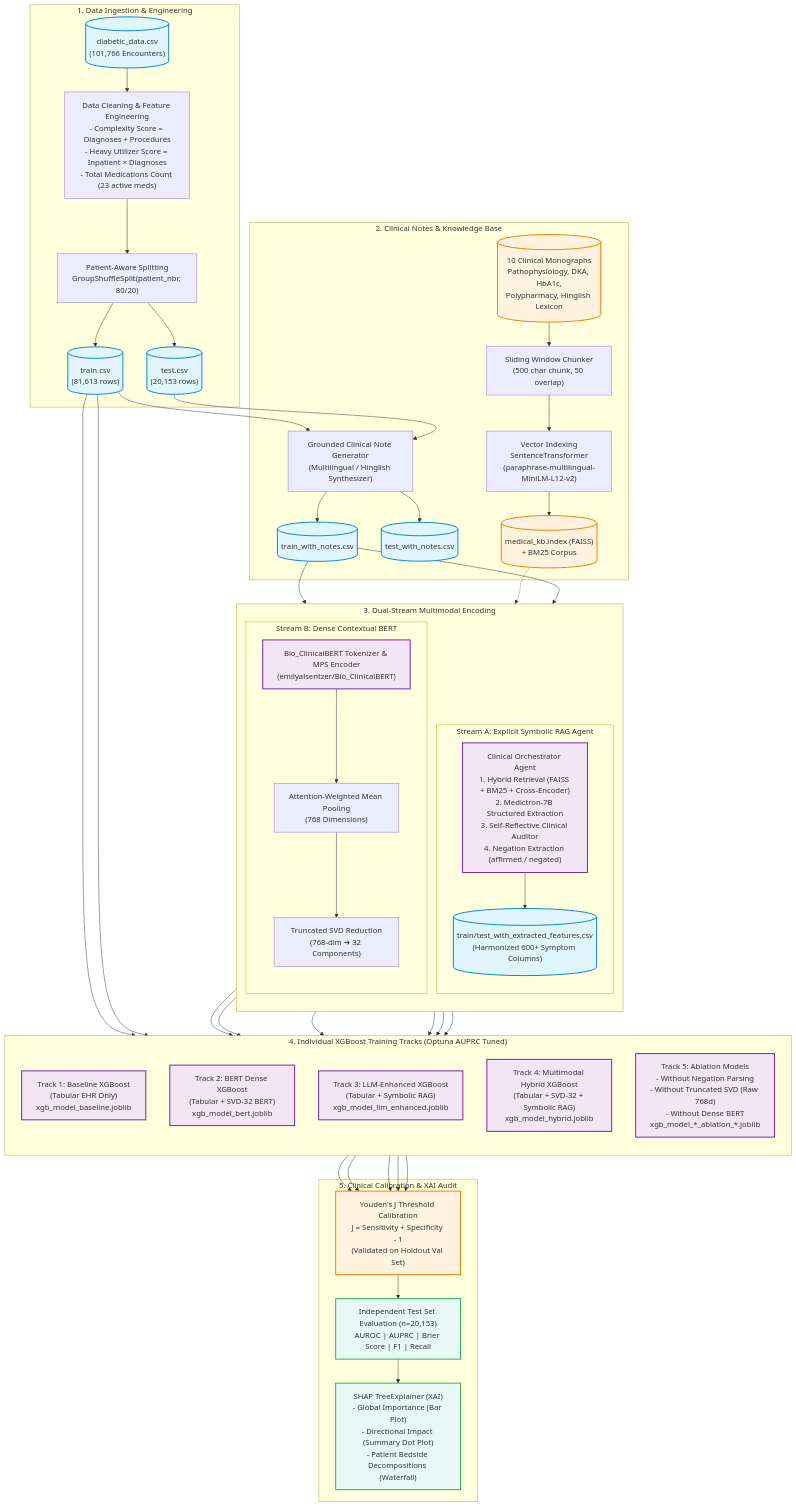
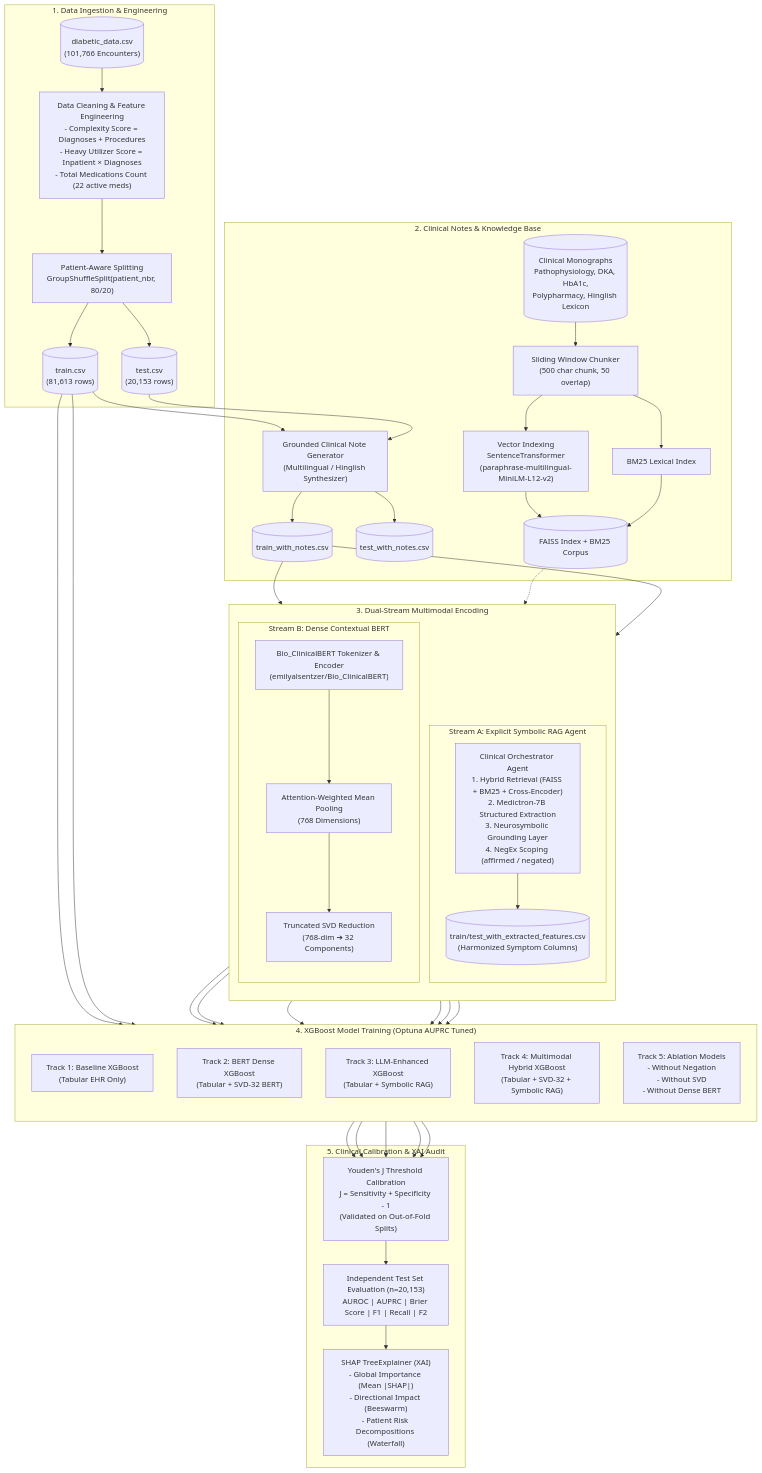
The diagram in README.md (sumankumarpatro/Diabetes), drawn with Mermaid before and after one commit. The commit also changed other lines of this file, not shown here.

````diff
--- a/README.md
+++ b/README.md
@@ -81,59 +76,51 @@
 ```mermaid
 flowchart TD
     subgraph RawData["1. Data Ingestion & Engineering"]
-        RAW[("diabetic_data.csv\n(101,766 Encounters)")] --> PREPROC["Data Cleaning & Feature Engineering\n- Complexity Score = Diagnoses + Procedures\n- Heavy Utilizer Score = Inpatient × Diagnoses\n- Total Medications Count (23 active meds)"]
+        RAW[("diabetic_data.csv\n(101,766 Encounters)")] --> PREPROC["Data Cleaning & Feature Engineering\n- Complexity Score = Diagnoses + Procedures\n- Heavy Utilizer Score = Inpatient × Diagnoses\n- Total Medications Count (22 active meds)"]
         PREPROC --> SPLIT["Patient-Aware Splitting\nGroupShuffleSplit(patient_nbr, 80/20)"]
         SPLIT --> TRAIN_RAW[("train.csv\n(81,613 rows)")]
         SPLIT --> TEST_RAW[("test.csv\n(20,153 rows)")]
     end
 
     subgraph NotesAndKB["2. Clinical Notes & Knowledge Base"]
         TRAIN_RAW & TEST_RAW --> NOTE_GEN["Grounded Clinical Note Generator\n(Multilingual / Hinglish Synthesizer)"]
         NOTE_GEN --> TRAIN_NOTES[("train_with_notes.csv")]
         NOTE_GEN --> TEST_NOTES[("test_with_notes.csv")]
         
-        KB_FILES[("10 Clinical Monographs\nPathophysiology, DKA, HbA1c,\nPolypharmacy, Hinglish Lexicon")] --> CHUNK["Sliding Window Chunker\n(500 char chunk, 50 overlap)"]
+        KB_FILES[("Clinical Monographs\nPathophysiology, DKA, HbA1c,\nPolypharmacy, Hinglish Lexicon")] --> CHUNK["Sliding Window Chunker\n(500 char chunk, 50 overlap)"]
         CHUNK --> FAISS_BUILD["Vector Indexing\nSentenceTransformer\n(paraphrase-multilingual-MiniLM-L12-v2)"]
-        FAISS_BUILD --> FAISS_INDEX[("medical_kb.index (FAISS)\n+ BM25 Corpus")]
+        CHUNK --> BM25_BUILD["BM25 Lexical Index"]
+        FAISS_BUILD & BM25_BUILD --> RAG_STORE[("FAISS Index + BM25 Corpus")]
     end
 
     subgraph MultimodalStreams["3. Dual-Stream Multimodal Encoding"]
         direction TB
         subgraph StreamA["Stream A: Explicit Symbolic RAG Agent"]
-            TRAIN_NOTES --> AGENT["Clinical Orchestrator Agent\n1. Hybrid Retrieval (FAISS + BM25 + Cross-Encoder)\n2. Medictron-7B Structured Extraction\n3. Self-Reflective Clinical Auditor\n4. Negation Extraction (affirmed / negated)"]
-            FAISS_INDEX -.-> AGENT
-            AGENT --> EXTRACTED[("train/test_with_extracted_features.csv\n(Harmonized 600+ Symptom Columns)")]
+            TRAIN_NOTES --> AGENT["Clinical Orchestrator Agent\n1. Hybrid Retrieval (FAISS + BM25 + Cross-Encoder)\n2. Medictron-7B Structured Extraction\n3. Neurosymbolic Grounding Layer\n4. NegEx Scoping (affirmed / negated)"]
+            RAG_STORE -.-> AGENT
+            AGENT --> EXTRACTED[("train/test_with_extracted_features.csv\n(Harmonized Symptom Columns)")]
         end
         
         subgraph StreamB["Stream B: Dense Contextual BERT"]
-            TRAIN_NOTES --> BERT["Bio_ClinicalBERT Tokenizer & MPS Encoder\n(emilyalsentzer/Bio_ClinicalBERT)"]
+            TRAIN_NOTES --> BERT["Bio_ClinicalBERT Tokenizer & Encoder\n(emilyalsentzer/Bio_ClinicalBERT)"]
             BERT --> POOL["Attention-Weighted Mean Pooling\n(768 Dimensions)"]
-            POOL --> SVD["Truncated SVD Reduction\n(768-dim ➔ 32 Components)"]
+            BERT_SVD["Truncated SVD Reduction\n(768-dim ➔ 32 Components)"]
+            POOL --> BERT_SVD
         end
     end
 
-    subgraph PredictiveModeling["4. Individual XGBoost Training Tracks (Optuna AUPRC Tuned)"]
+    subgraph PredictiveModeling["4. XGBoost Model Training (Optuna AUPRC Tuned)"]
         direction TB
-        TRAIN_RAW --> M_BASE["Track 1: Baseline XGBoost\n(Tabular EHR Only)\nxgb_model_baseline.joblib"]
-        TRAIN_RAW & SVD --> M_BERT["Track 2: BERT Dense XGBoost\n(Tabular + SVD-32 BERT)\nxgb_model_bert.joblib"]
-        EXTRACTED --> M_LLM["Track 3: LLM-Enhanced XGBoost\n(Tabular + Symbolic RAG)\nxgb_model_llm_enhanced.joblib"]
-        EXTRACTED & SVD --> M_HYBRID["Track 4: Multimodal Hybrid XGBoost\n(Tabular + SVD-32 + Symbolic RAG)\nxgb_model_hybrid.joblib"]
-        EXTRACTED & SVD --> M_ABLATION["Track 5: Ablation Models\n- Without Negation Parsing\n- Without Truncated SVD (Raw 768d)\n- Without Dense BERT\nxgb_model_*_ablation_*.joblib"]
+        TRAIN_RAW --> M_BASE["Track 1: Baseline XGBoost\n(Tabular EHR Only)"]
+        TRAIN_RAW & BERT_SVD --> M_BERT["Track 2: BERT Dense XGBoost\n(Tabular + SVD-32 BERT)"]
+        EXTRACTED --> M_LLM["Track 3: LLM-Enhanced XGBoost\n(Tabular + Symbolic RAG)"]
+        EXTRACTED & BERT_SVD --> M_HYBRID["Track 4: Multimodal Hybrid XGBoost\n(Tabular + SVD-32 + Symbolic RAG)"]
+        EXTRACTED & BERT_SVD --> M_ABLATION["Track 5: Ablation Models\n- Without Negation\n- Without SVD\n- Without Dense BERT"]
     end
 
     subgraph EvaluationXAI["5. Clinical Calibration & XAI Audit"]
-        M_BASE & M_BERT & M_LLM & M_HYBRID & M_ABLATION --> YOUDEN["Youden's J Threshold Calibration\nJ = Sensitivity + Specificity - 1\n(Validated on Holdout Val Set)"]
-        YOUDEN --> TEST_EVAL["Independent Test Set Evaluation (n=20,153)\nAUROC | AUPRC | Brier Score | F1 | Recall"]
-        TEST_EVAL --> SHAP_ENGINE["SHAP TreeExplainer (XAI)\n- Global Importance (Bar Plot)\n- Directional Impact (Summary Dot Plot)\n- Patient Bedside Decompositions (Waterfall)"]
+        M_BASE & M_BERT & M_LLM & M_HYBRID & M_ABLATION --> YOUDEN["Youden's J Threshold Calibration\nJ = Sensitivity + Specificity - 1\n(Validated on Out-of-Fold Splits)"]
+        YOUDEN --> TEST_EVAL["Independent Test Set Evaluation (n=20,153)\nAUROC | AUPRC | Brier Score | F1 | Recall | F2"]
+        TEST_EVAL --> SHAP_ENGINE["SHAP TreeExplainer (XAI)\n- Global Importance (Mean |SHAP|)\n- Directional Impact (Beeswarm)\n- Patient Risk Decompositions (Waterfall)"]
     end
-
-    classDef primary fill:#e1f5fe,stroke:#0288d1,stroke-width:2px;
-    classDef secondary fill:#f3e5f5,stroke:#7b1fa2,stroke-width:2px;
-    classDef highlight fill:#fff3e0,stroke:#f57c00,stroke-width:2px;
-    classDef success fill:#e8f8f5,stroke:#27ae60,stroke-width:2px;
-    
-    class RAW,TRAIN_RAW,TEST_RAW,TRAIN_NOTES,TEST_NOTES,EXTRACTED primary;
-    class AGENT,BERT,M_BASE,M_BERT,M_LLM,M_HYBRID,M_ABLATION secondary;
-    class FAISS_INDEX,KB_FILES,YOUDEN highlight;
-    class TEST_EVAL,SHAP_ENGINE success;
 ```
````
